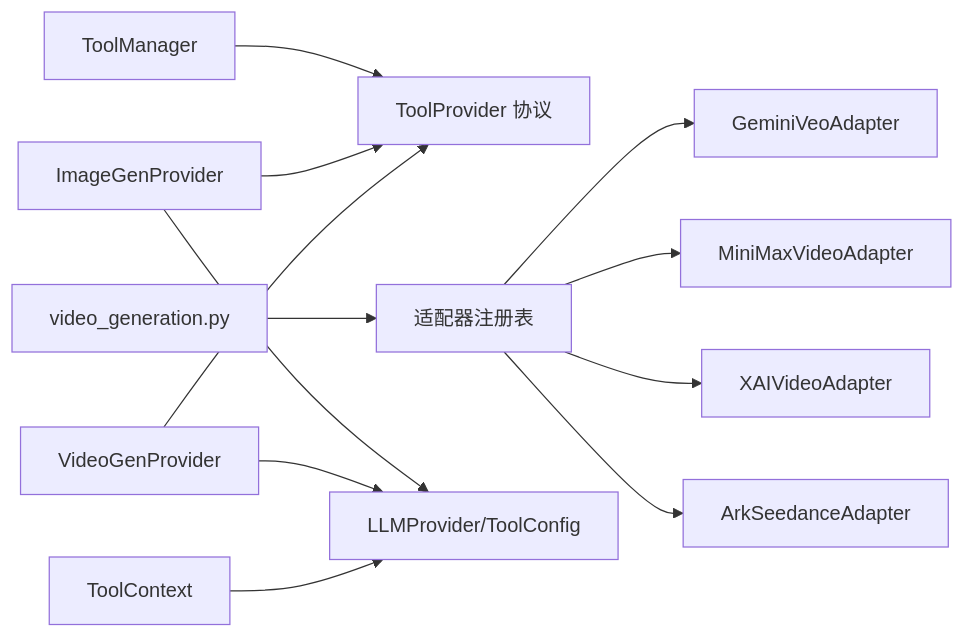
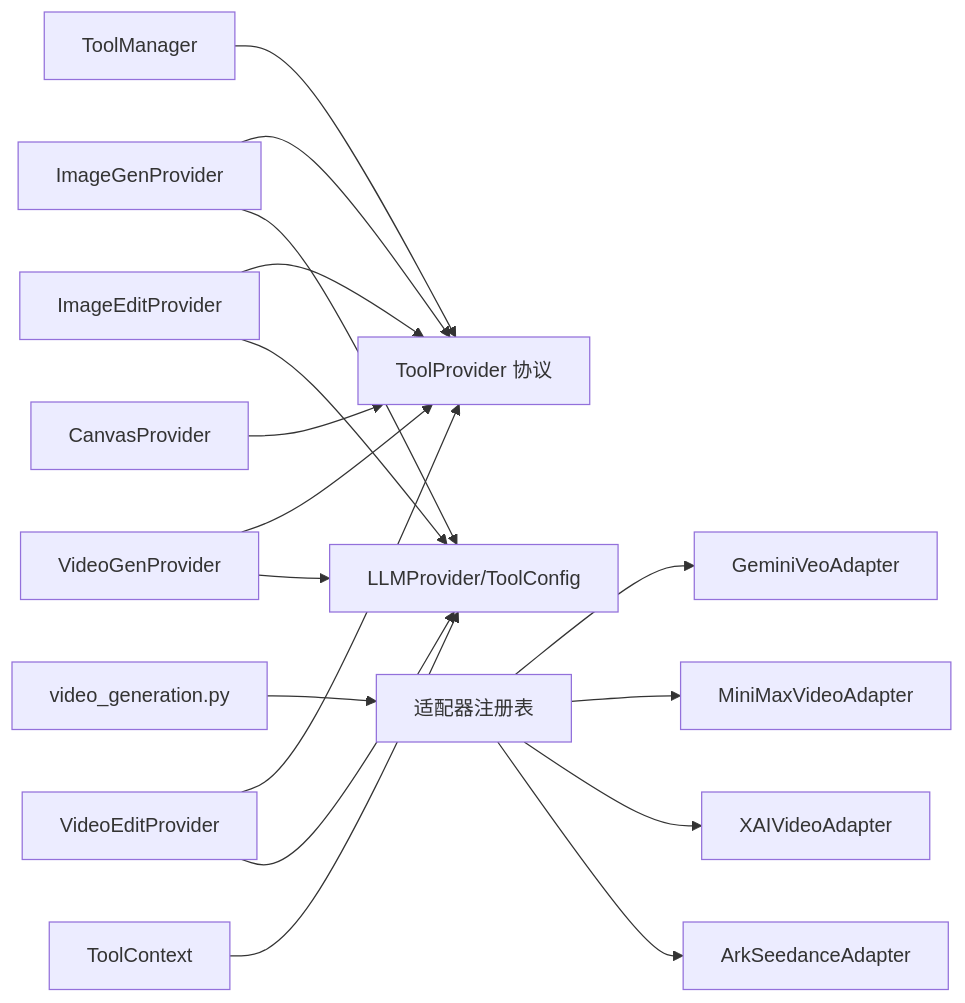
Before and after one commit to KunLabAI/KunFlix: the tenth of 10 diagrams in .qoder/repowiki/zh/content/AI服务集成/AI服务集成.md, drawn with Mermaid. The commit also changed other lines of this file and 13 other files, not shown here.

First line of the commit message:
feat(tool_manager): 集成图像编辑、视频编辑与画布节点管理工具

````diff
--- a/.qoder/repowiki/zh/content/AI服务集成/AI服务集成.md
+++ b/.qoder/repowiki/zh/content/AI服务集成/AI服务集成.md
@@ -336,14 +448,19 @@
 ```mermaid
 graph LR
 TM["ToolManager"] --> TP["ToolProvider 协议"]
 IG["ImageGenProvider"] --> TP
+IE["ImageEditProvider"] --> TP
 VG["VideoGenProvider"] --> TP
+VE["VideoEditProvider"] --> TP
+CP["CanvasProvider"] --> TP
 VGEN["video_generation.py"] --> REG["适配器注册表"]
 REG --> GEM["GeminiVeoAdapter"]
 REG --> MINIMAX["MiniMaxVideoAdapter"]
 REG --> XAI["XAIVideoAdapter"]
 REG --> ARK["ArkSeedanceAdapter"]
 IG --> DB["LLMProvider/ToolConfig"]
+IE --> DB
 VG --> DB
+VE --> DB
 CTX["ToolContext"] --> DB
 ```
````
